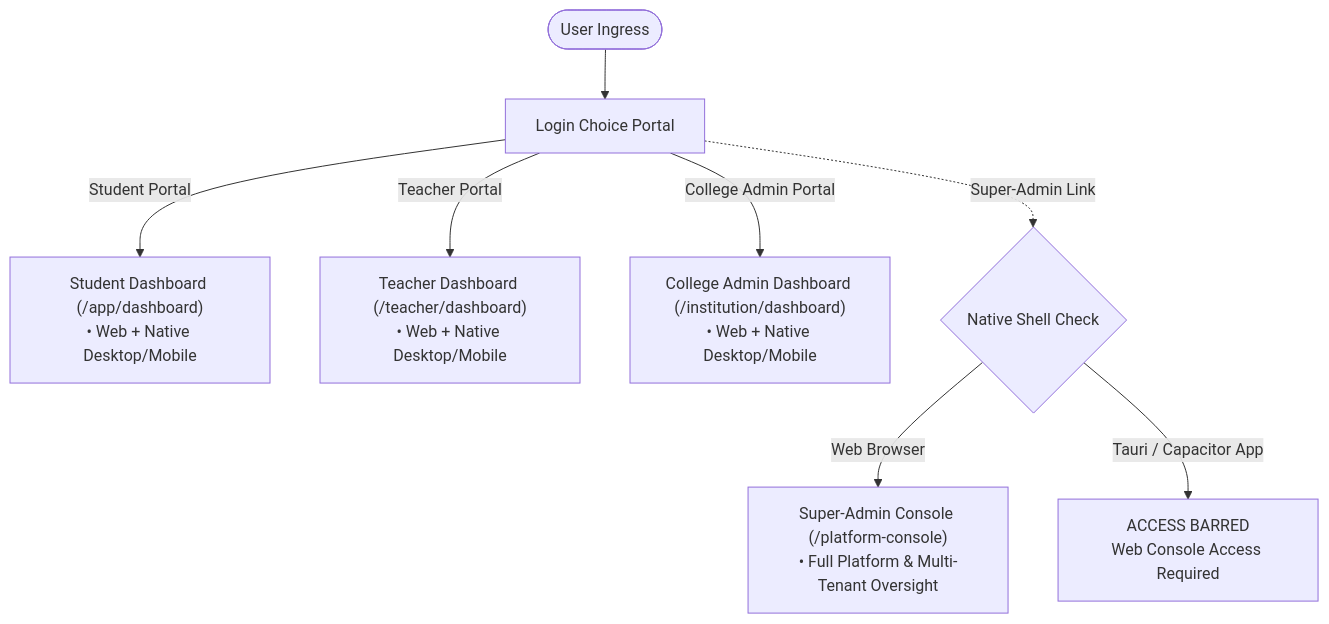
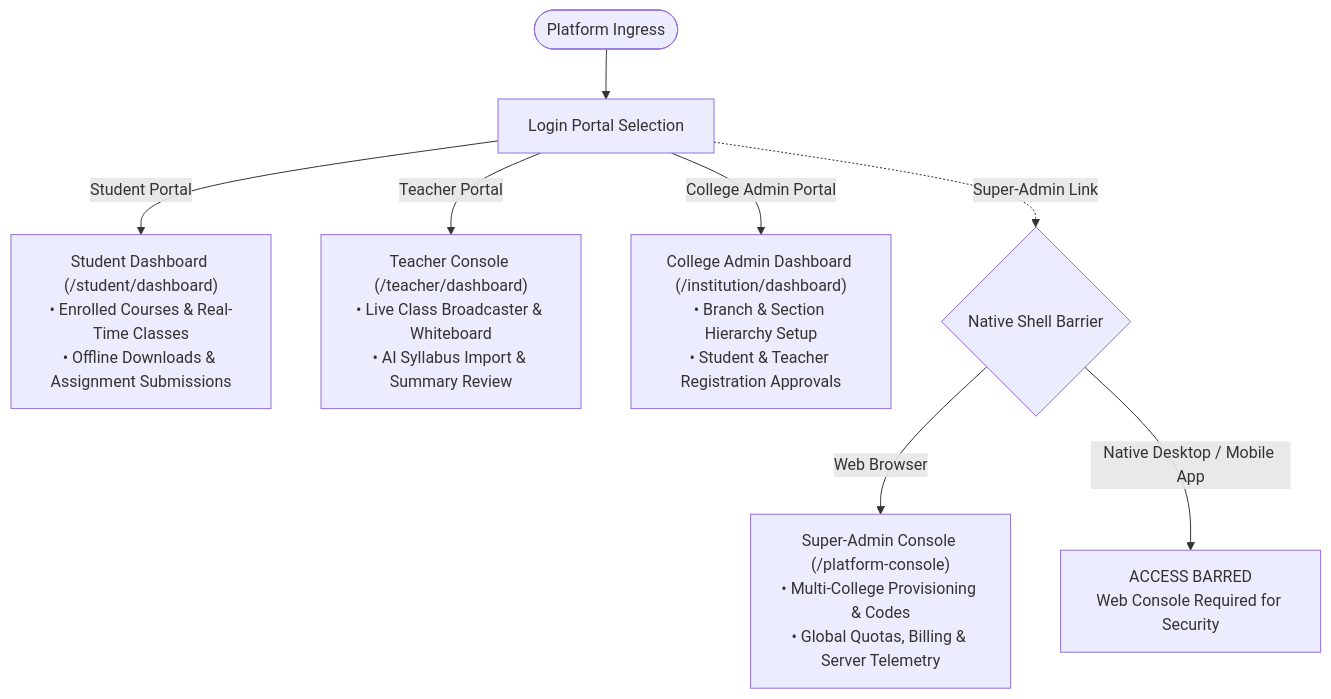
The fourth of 4 diagrams in README.md (yynvr1408/LanternEd), drawn with Mermaid before and after one commit. The commit also changed other lines of this file and 1 other file, not shown here.

````diff
--- a/README.md
+++ b/README.md
@@ -102,10 +339,10 @@
 ```mermaid
 flowchart TD
-    User([User Ingress]) --> Choice[Login Choice Portal]
-    Choice -->|Student Portal| S_Dash["Student Dashboard (/app/dashboard)<br/>• Web + Native Desktop/Mobile"]
-    Choice -->|Teacher Portal| T_Dash["Teacher Dashboard (/teacher/dashboard)<br/>• Web + Native Desktop/Mobile"]
-    Choice -->|College Admin Portal| CA_Dash["College Admin Dashboard (/institution/dashboard)<br/>• Web + Native Desktop/Mobile"]
-    Choice -.->|Super-Admin Link| SA_Check{"Native Shell Check"}
-    SA_Check -->|Web Browser| SA_Dash["Super-Admin Console (/platform-console)<br/>• Full Platform & Multi-Tenant Oversight"]
-    SA_Check -->|Tauri / Capacitor App| Blocked["ACCESS BARRED<br/>Web Console Access Required"]
+    User([Platform Ingress]) --> Choice[Login Portal Selection]
+    Choice -->|Student Portal| S_Dash["Student Dashboard (/student/dashboard)<br/>• Enrolled Courses & Real-Time Classes<br/>• Offline Downloads & Assignment Submissions"]
+    Choice -->|Teacher Portal| T_Dash["Teacher Console (/teacher/dashboard)<br/>• Live Class Broadcaster & Whiteboard<br/>• AI Syllabus Import & Summary Review"]
+    Choice -->|College Admin Portal| CA_Dash["College Admin Dashboard (/institution/dashboard)<br/>• Branch & Section Hierarchy Setup<br/>• Student & Teacher Registration Approvals"]
+    Choice -.->|Super-Admin Link| SA_Check{"Native Shell Barrier"}
+    SA_Check -->|Web Browser| SA_Dash["Super-Admin Console (/platform-console)<br/>• Multi-College Provisioning & Codes<br/>• Global Quotas, Billing & Server Telemetry"]
+    SA_Check -->|Native Desktop / Mobile App| Blocked["ACCESS BARRED<br/>Web Console Required for Security"]
 ```
````
